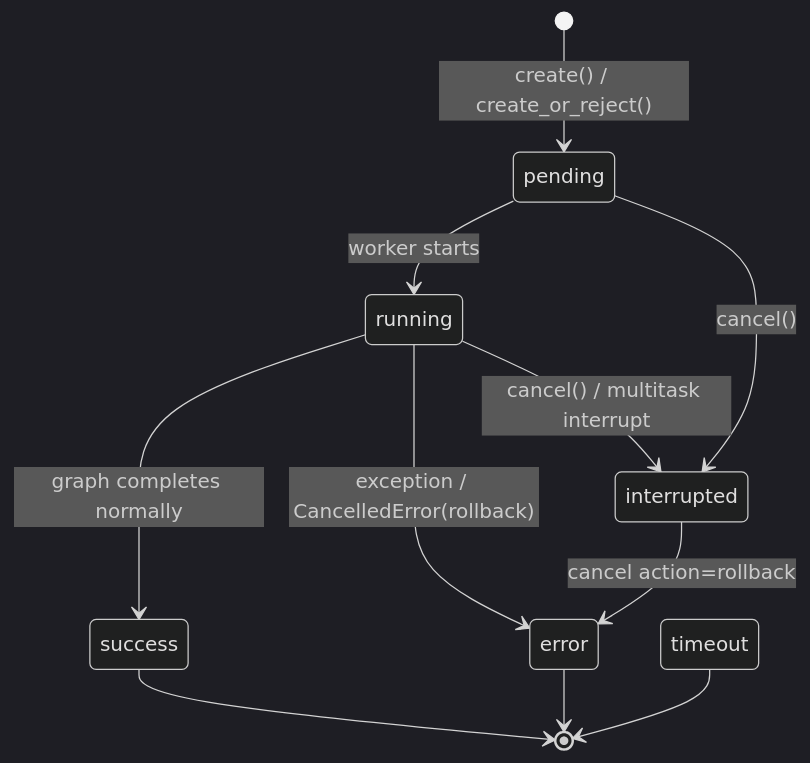
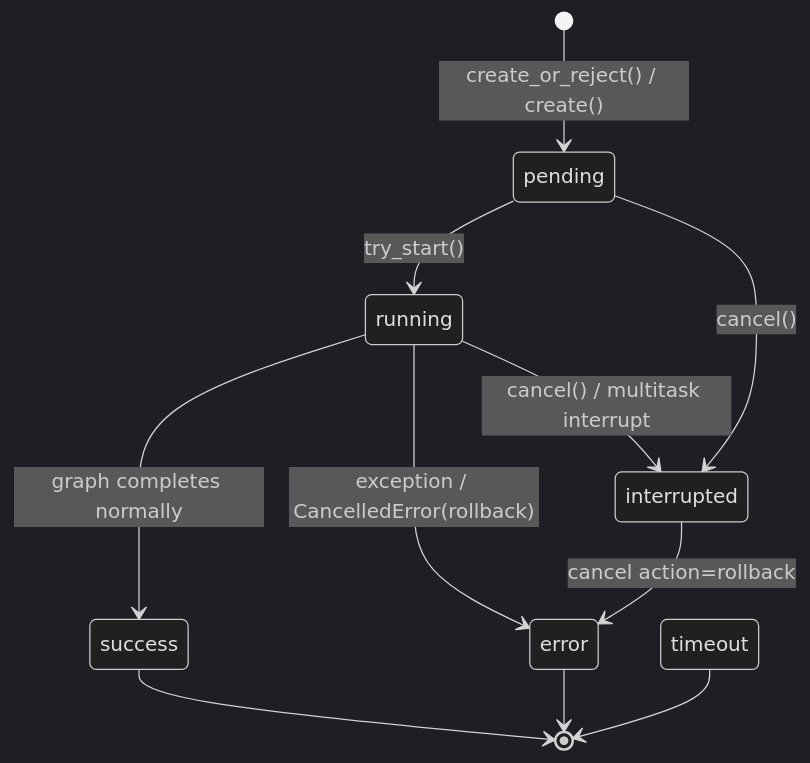
Before and after one commit to ethan-jiang-1/deer-flow: the diagram in _digested/internals/runtime/01-run-manager.md, drawn with Mermaid (dark theme). The commit also changed other lines of this file and 57 other files, not shown here.

````diff
--- a/_digested/internals/runtime/01-run-manager.md
+++ b/_digested/internals/runtime/01-run-manager.md
@@ -19,15 +19,15 @@
 ```mermaid
 stateDiagram-v2
-    [*] --> pending: create() / create_or_reject()
-    pending --> running: worker starts
+    [*] --> pending: create_or_reject() / create()
+    pending --> running: try_start()
     pending --> interrupted: cancel()
 
     running --> success: graph completes normally
     running --> error: exception / CancelledError(rollback)
     running --> interrupted: cancel() / multitask interrupt
 
     interrupted --> error: cancel action=rollback
     error --> [*]
     success --> [*]
     timeout --> [*]
 ```
````
